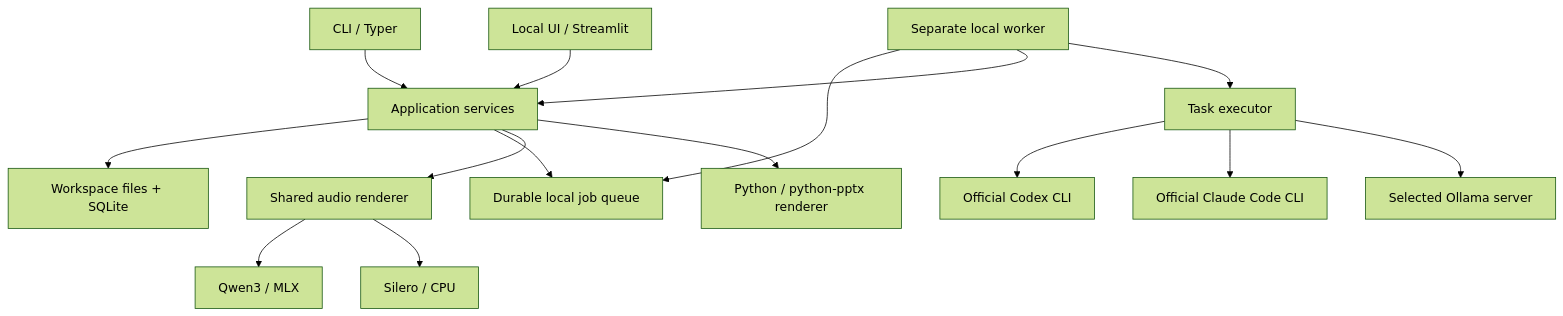
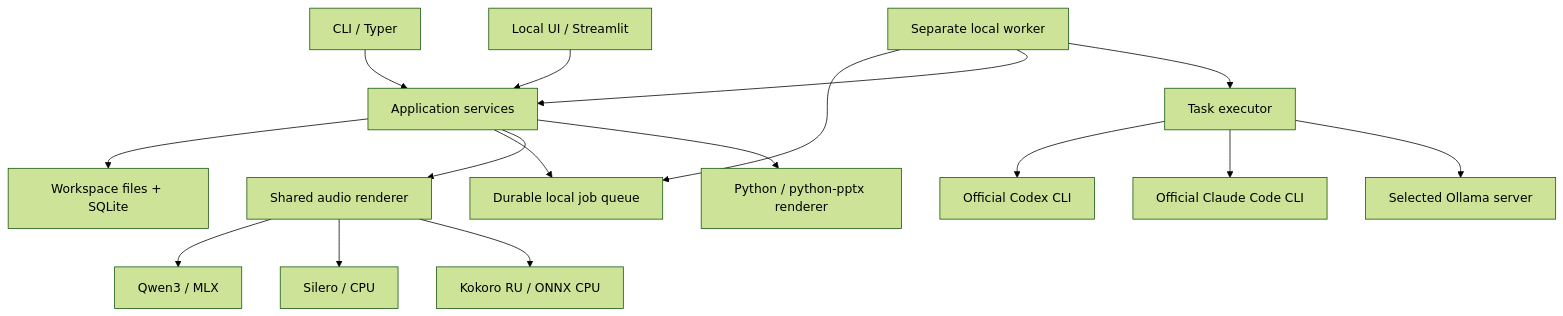
Before and after one commit to emetsds/brofessor: the diagram in docs/architecture.md, drawn with Mermaid (forest theme). The commit also changed other lines of this file and 361 other files, not shown here.

````diff
--- a/docs/architecture.md
+++ b/docs/architecture.md
@@ -7,17 +7,18 @@
 ```mermaid
 flowchart TD
     CLI[CLI / Typer] --> APP[Application services]
     UI[Local UI / Streamlit] --> APP
     APP --> STORE[Workspace files + SQLite]
     APP --> JOBS[Durable local job queue]
     WORKER[Separate local worker] --> JOBS
     WORKER --> APP
     WORKER --> EXEC[Task executor]
     EXEC --> CODEX[Official Codex CLI]
     EXEC --> CLAUDE[Official Claude Code CLI]
     EXEC --> OLLAMA[Selected Ollama server]
     APP --> TTS[Shared audio renderer]
     TTS --> QWEN[Qwen3 / MLX]
     TTS --> SILERO[Silero / CPU]
+    TTS --> KOKORO[Kokoro RU / ONNX CPU]
     APP --> SLIDES[Python / python-pptx renderer]
 ```
````
